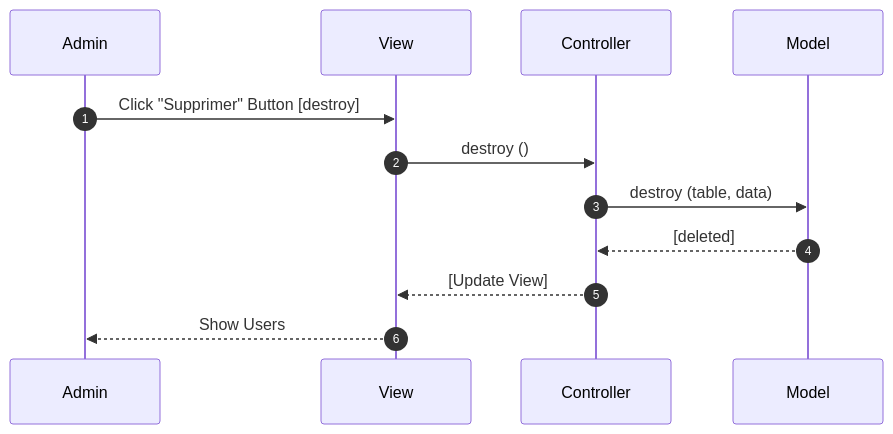
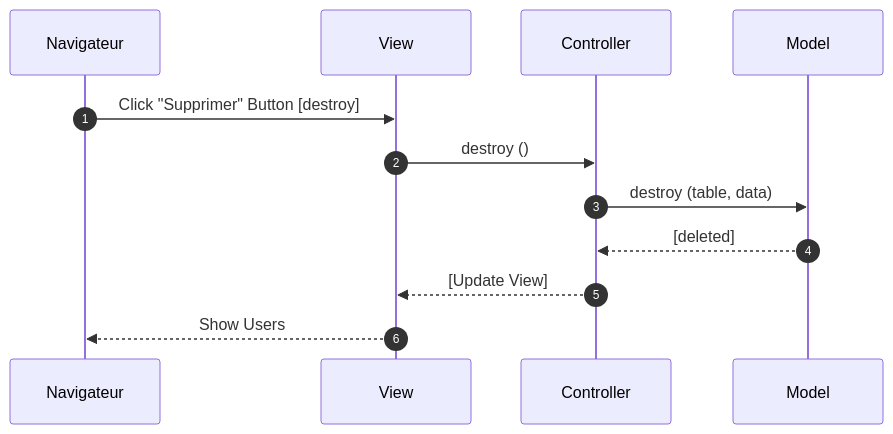
One commit to juliexcode/sprint-07 changed the second of 3 diagrams in README.md. Above: the diagram before and after it, drawn with Mermaid. The commit also changed other lines of this file, not shown here.

````diff
--- a/README.md
+++ b/README.md
@@ -29,10 +29,10 @@
 ```mermaid
 sequenceDiagram
     autonumber
-    Admin->>View: Click "Supprimer" Button [destroy]
+    Navigateur->>View: Click "Supprimer" Button [destroy]
     View->>Controller: destroy ()
     Controller->>Model: destroy (table, data)
     Model-->>Controller: [deleted]
     Controller-->>View: [Update View]
-    View-->>Admin: Show Users
+    View-->>Navigateur: Show Users
 ```
````
